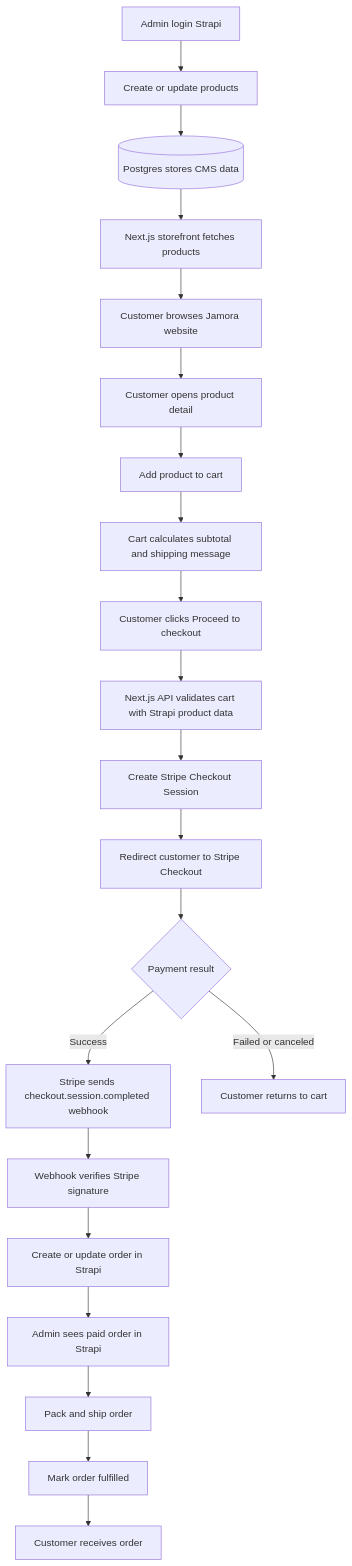
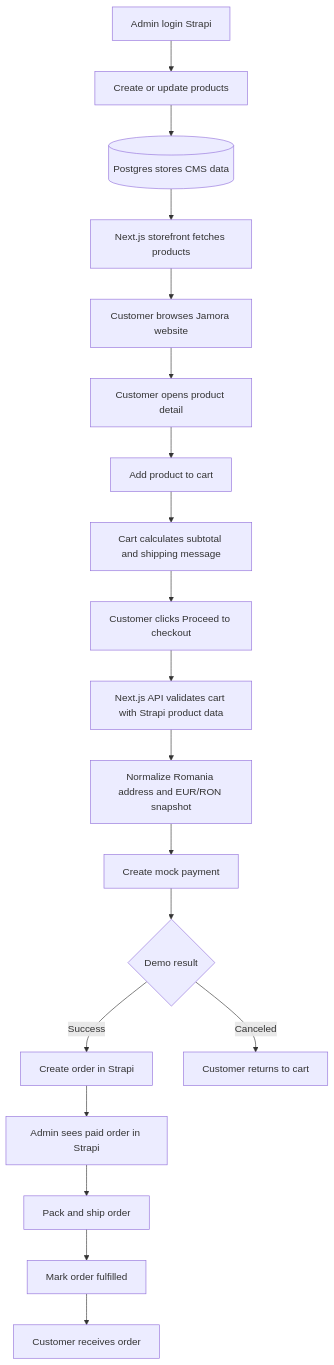
One commit to cdesqus/jmr-cms changed the first of 3 diagrams in Jamora/BUSINESS_FLOW.md. Above: the diagram before and after it, drawn with Mermaid. The commit also changed other lines of this file and 2 other files, not shown here.

````diff
--- a/Jamora/BUSINESS_FLOW.md
+++ b/Jamora/BUSINESS_FLOW.md
@@ -86,23 +112,21 @@
 ```mermaid
 flowchart TD
     A[Admin login Strapi] --> B[Create or update products]
     B --> C[(Postgres stores CMS data)]
     C --> D[Next.js storefront fetches products]
     D --> E[Customer browses Jamora website]
     E --> F[Customer opens product detail]
     F --> G[Add product to cart]
     G --> H[Cart calculates subtotal and shipping message]
     H --> I[Customer clicks Proceed to checkout]
     I --> J[Next.js API validates cart with Strapi product data]
-    J --> K[Create Stripe Checkout Session]
-    K --> L[Redirect customer to Stripe Checkout]
-    L --> M{Payment result}
-    M -->|Success| N[Stripe sends checkout.session.completed webhook]
-    M -->|Failed or canceled| O[Customer returns to cart]
-    N --> P[Webhook verifies Stripe signature]
-    P --> Q[Create or update order in Strapi]
+    J --> K[Normalize Romania address and EUR/RON snapshot]
+    K --> L[Create mock payment]
+    L --> M{Demo result}
+    M -->|Success| Q[Create order in Strapi]
+    M -->|Canceled| O[Customer returns to cart]
     Q --> R[Admin sees paid order in Strapi]
     R --> S[Pack and ship order]
     S --> T[Mark order fulfilled]
     T --> U[Customer receives order]
 ```
````
